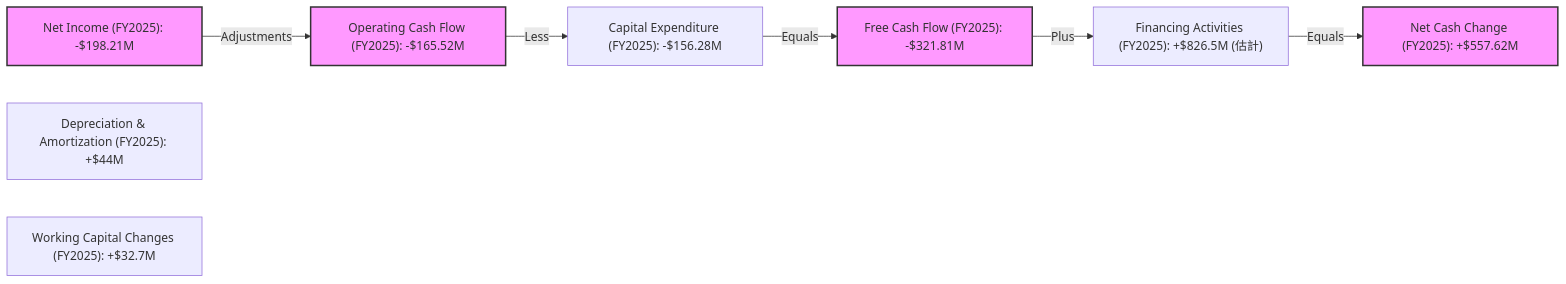
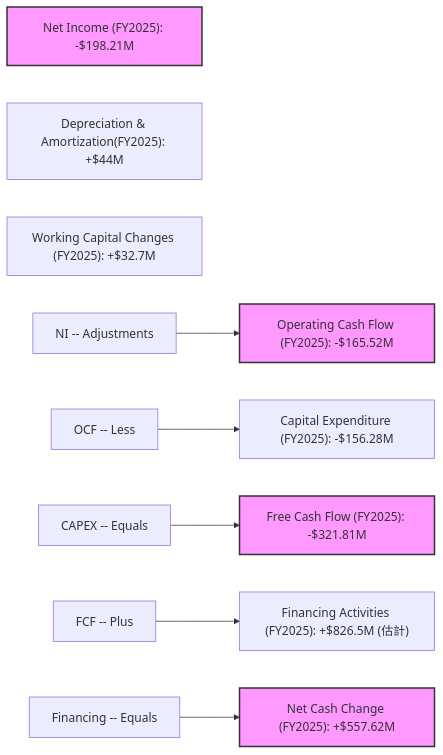
The seventh of 14 diagrams in ai_gen_report/stock/rklb/fundamental_analysis_2026-07-03_gemini.md (yennanliu/finance_data), drawn with Mermaid before and after one commit. The commit also changed 2258 other files, not shown here.

First line of the commit message:
chore: backfill Mermaid syntax repair across existing reports

````diff
--- a/ai_gen_report/stock/rklb/fundamental_analysis_2026-07-03_gemini.md
+++ b/ai_gen_report/stock/rklb/fundamental_analysis_2026-07-03_gemini.md
@@ -462,22 +462,22 @@
 ```mermaid
 graph LR
     NI["Net Income (FY2025): -$198.21M"]
-    DA["Depreciation & Amortization (FY2025): +$44M"]
+    DA["Depreciation & Amortization(FY2025): +$44M"]
     WC["Working Capital Changes (FY2025): +$32.7M"]
     OCF["Operating Cash Flow (FY2025): -$165.52M"]
     CAPEX["Capital Expenditure (FY2025): -$156.28M"]
     FCF["Free Cash Flow (FY2025): -$321.81M"]
     Financing["Financing Activities (FY2025): +$826.5M (估計)"]
     NetCashChange["Net Cash Change (FY2025): +$557.62M"]
 
-    NI -- Adjustments --> OCF
-    OCF -- Less --> CAPEX
-    CAPEX -- Equals --> FCF
-    FCF -- Plus --> Financing
-    Financing -- Equals --> NetCashChange
+    nb1["NI -- Adjustments"] --> OCF
+    nb2["OCF -- Less"] --> CAPEX
+    nb3["CAPEX -- Equals"] --> FCF
+    nb4["FCF -- Plus"] --> Financing
+    nb5["Financing -- Equals"] --> NetCashChange
 
     style NI fill:#f9f,stroke:#333,stroke-width:2px
     style OCF fill:#f9f,stroke:#333,stroke-width:2px
     style FCF fill:#f9f,stroke:#333,stroke-width:2px
     style NetCashChange fill:#f9f,stroke:#333,stroke-width:2px
 ```
````
